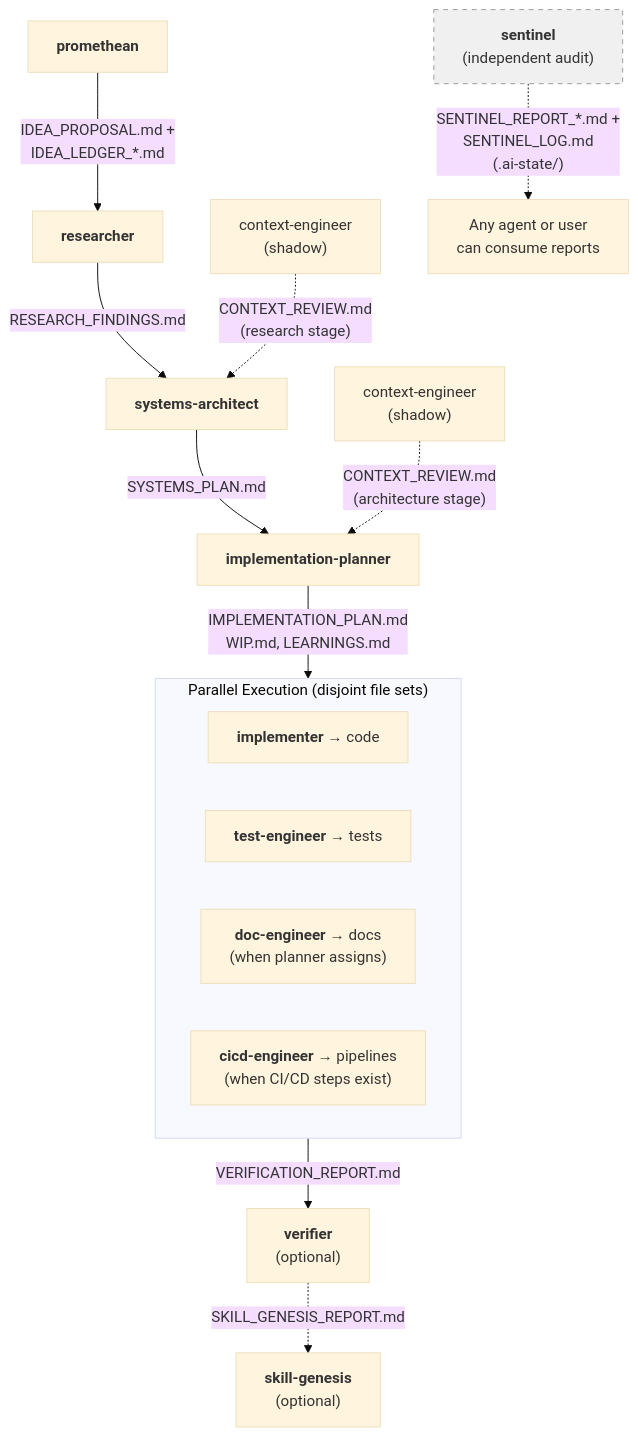
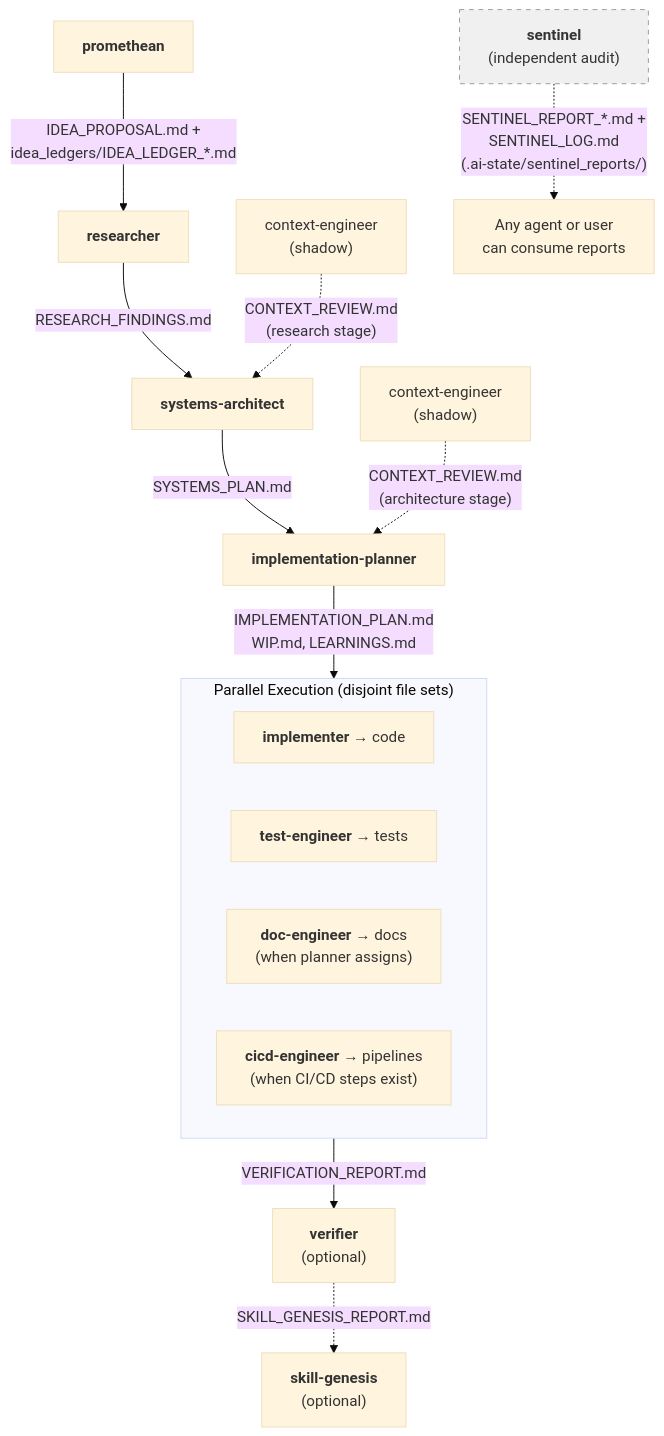
One commit to francisco-perez-sorrosal/praxion changed the diagram in agents/README.md. Above: the diagram before and after it, drawn with Mermaid (base theme). The commit also changed other lines of this file and 68 other files, not shown here.

````diff
--- a/agents/README.md
+++ b/agents/README.md
@@ -13,27 +13,27 @@
 ```mermaid
 flowchart TD
-    P["<b>promethean</b>"] -->|"IDEA_PROPOSAL.md +<br/>IDEA_LEDGER_*.md"| R
+    P["<b>promethean</b>"] -->|"IDEA_PROPOSAL.md +<br/>idea_ledgers/IDEA_LEDGER_*.md"| R
 
     R["<b>researcher</b>"] -->|"RESEARCH_FINDINGS.md"| SA
     CE1["context-engineer<br/>(shadow)"] -.->|"CONTEXT_REVIEW.md<br/>(research stage)"| SA
 
     SA["<b>systems-architect</b>"] -->|"SYSTEMS_PLAN.md"| IP
     CE2["context-engineer<br/>(shadow)"] -.->|"CONTEXT_REVIEW.md<br/>(architecture stage)"| IP
 
     IP["<b>implementation-planner</b>"] -->|"IMPLEMENTATION_PLAN.md<br/>WIP.md, LEARNINGS.md"| EX
 
     subgraph EX["Parallel Execution (disjoint file sets)"]
         I["<b>implementer</b> → code"]
         TE["<b>test-engineer</b> → tests"]
         DE["<b>doc-engineer</b> → docs<br/>(when planner assigns)"]
         CI["<b>cicd-engineer</b> → pipelines<br/>(when CI/CD steps exist)"]
     end
 
     EX -->|"VERIFICATION_REPORT.md"| V["<b>verifier</b><br/>(optional)"]
     V -.->|"SKILL_GENESIS_REPORT.md"| SG["<b>skill-genesis</b><br/>(optional)"]
 
     SE["<b>sentinel</b><br/>(independent audit)"]
-    SE -.->|"SENTINEL_REPORT_*.md +<br/>SENTINEL_LOG.md<br/>(.ai-state/)"| ANY["Any agent or user<br/>can consume reports"]
+    SE -.->|"SENTINEL_REPORT_*.md +<br/>SENTINEL_LOG.md<br/>(.ai-state/sentinel_reports/)"| ANY["Any agent or user<br/>can consume reports"]
 
     style SE fill:#f0f0f0,stroke:#999,stroke-dasharray: 5 5
 ```
````
